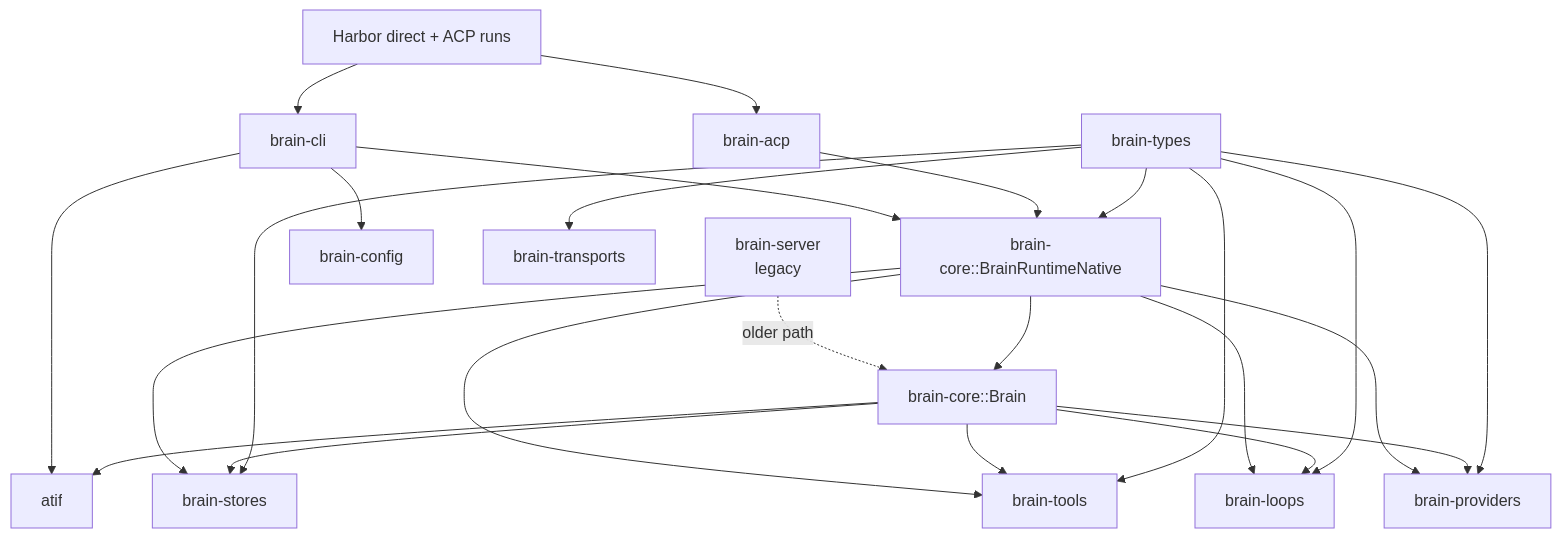
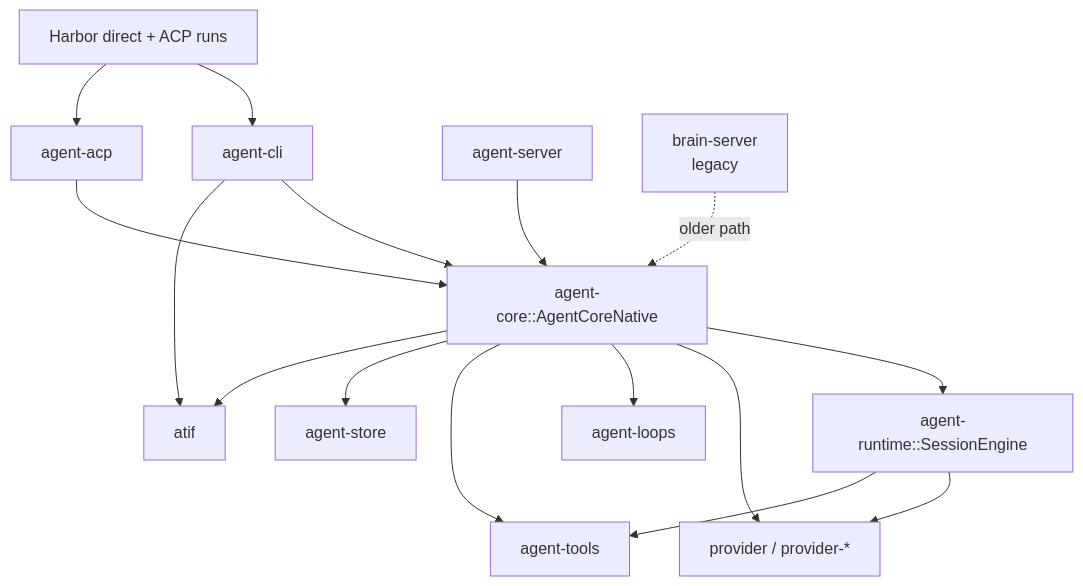
The first of 2 diagrams in docs/architecture/README.md (leto-labs/leto), drawn with Mermaid before and after one commit. The commit also changed other lines of this file and 160 other files, not shown here.

````diff
--- a/docs/architecture/README.md
+++ b/docs/architecture/README.md
@@ -22,45 +22,34 @@
 ```mermaid
 flowchart TD
-    CLI[brain-cli]
-    ACP[brain-acp]
+    CLI[agent-cli]
+    ACP[agent-acp]
     Harbor[Harbor direct + ACP runs]
+    Server[agent-server]
     Legacy[brain-server<br/>legacy]
 
-    Runtime[brain-core::BrainRuntimeNative]
-    Brain[brain-core::Brain]
+    Core[agent-core::AgentCoreNative]
+    Session[agent-runtime::SessionEngine]
 
-    Types[brain-types]
-    Config[brain-config]
-    Providers[brain-providers]
-    Loops[brain-loops]
-    Tools[brain-tools]
-    Stores[brain-stores]
-    Transports[brain-transports]
+    Provider[provider / provider-*]
+    Loops[agent-loops]
+    Tools[agent-tools]
+    Store[agent-store]
     Atif[atif]
 
-    CLI --> Runtime
-    CLI --> Config
+    CLI --> Core
     CLI --> Atif
-    ACP --> Runtime
+    ACP --> Core
+    Server --> Core
     Harbor --> CLI
     Harbor --> ACP
-    Legacy -. older path .-> Brain
+    Legacy -. older path .-> Core
 
-    Runtime --> Brain
-    Runtime --> Providers
-    Runtime --> Loops
-    Runtime --> Tools
-    Runtime --> Stores
-    Brain --> Providers
-    Brain --> Loops
-    Brain --> Tools
-    Brain --> Stores
-    Brain --> Atif
-
-    Types --> Providers
-    Types --> Loops
-    Types --> Tools
-    Types --> Stores
-    Types --> Transports
-    Types --> Runtime
+    Core --> Session
+    Core --> Provider
+    Core --> Loops
+    Core --> Tools
+    Core --> Store
+    Core --> Atif
+    Session --> Provider
+    Session --> Tools
 ```
````
